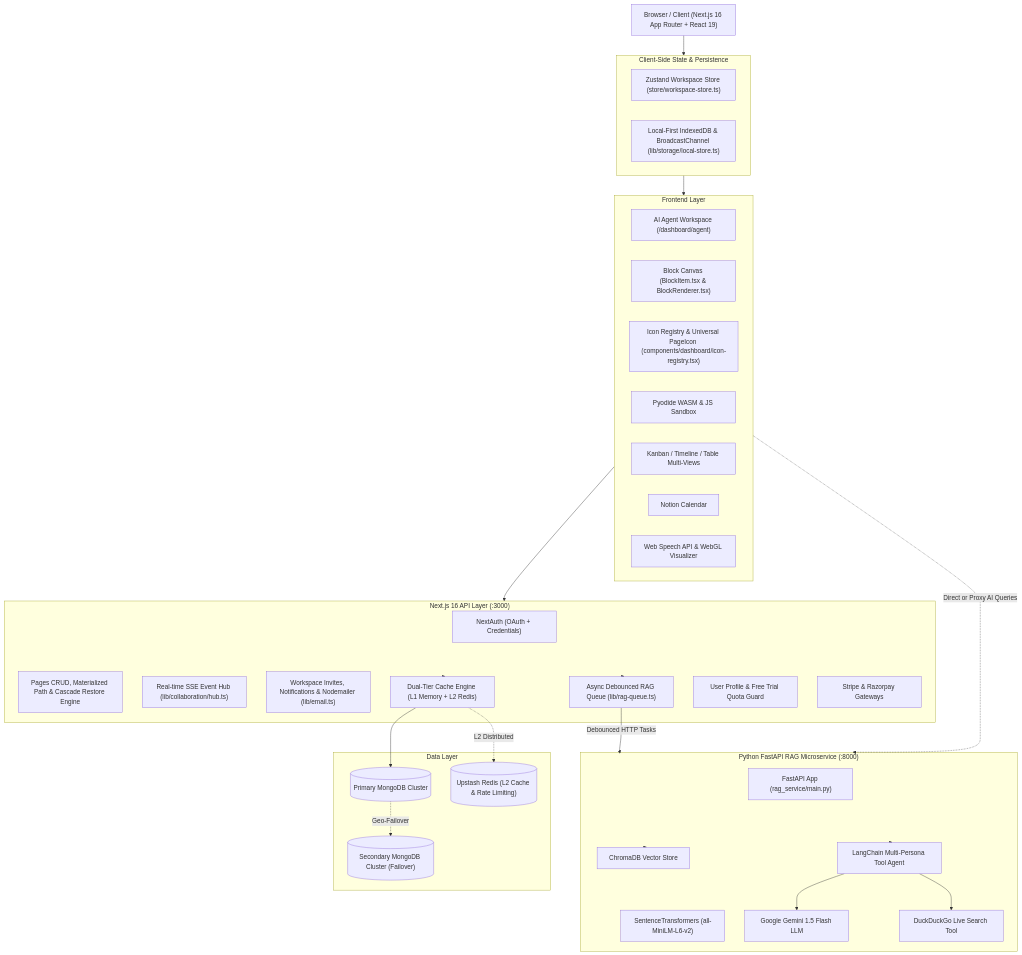
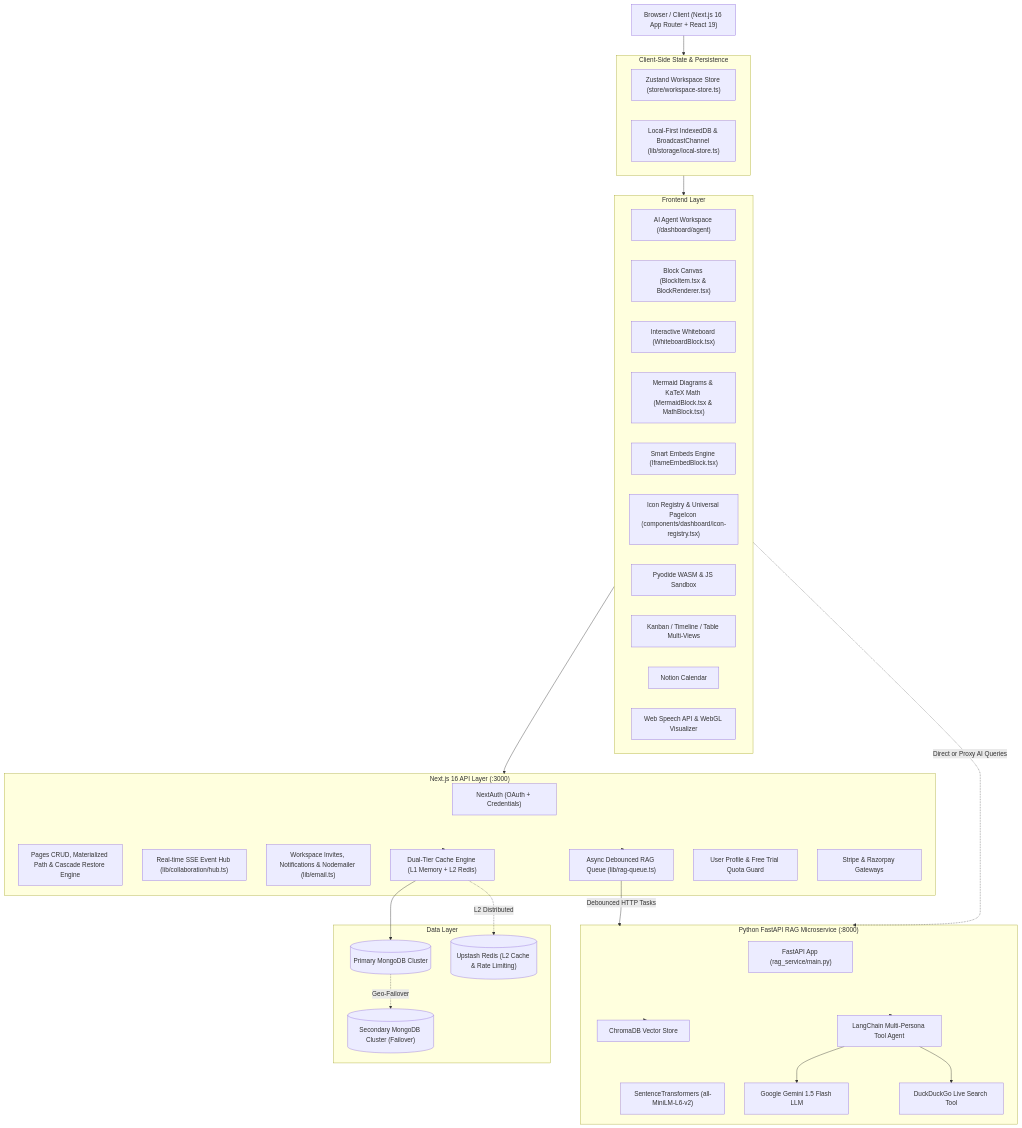
Before and after one commit to Xentra5/Notion-clone: the diagram in README.md, drawn with Mermaid. The commit also changed other lines of this file, not shown here.

Commit message:
docs(readme): document interactive whiteboard, mermaid diagrams, KaTeX math blocks, and smart embeds architecture

````diff
--- a/README.md
+++ b/README.md
@@ -251,60 +317,63 @@
 ```mermaid
 graph TD
     Client["Browser / Client (Next.js 16 App Router + React 19)"]
 
     subgraph State["Client-Side State & Persistence"]
         Zustand["Zustand Workspace Store (store/workspace-store.ts)"]
         LocalStore["Local-First IndexedDB & BroadcastChannel (lib/storage/local-store.ts)"]
     end
 
     subgraph Frontend["Frontend Layer"]
         AgentUI["AI Agent Workspace (/dashboard/agent)"]
         Editor["Block Canvas (BlockItem.tsx & BlockRenderer.tsx)"]
+        WhiteboardCanvas["Interactive Whiteboard (WhiteboardBlock.tsx)"]
+        DiagramsMath["Mermaid Diagrams & KaTeX Math (MermaidBlock.tsx & MathBlock.tsx)"]
+        SmartEmbeds["Smart Embeds Engine (IframeEmbedBlock.tsx)"]
         IconSystem["Icon Registry & Universal PageIcon (components/dashboard/icon-registry.tsx)"]
         Sandbox["Pyodide WASM & JS Sandbox"]
         Views["Kanban / Timeline / Table Multi-Views"]
         Calendar["Notion Calendar"]
         Audio["Web Speech API & WebGL Visualizer"]
     end
 
     subgraph NextBackend["Next.js 16 API Layer (:3000)"]
         AuthAPI["NextAuth (OAuth + Credentials)"]
         PagesAPI["Pages CRUD, Materialized Path & Cascade Restore Engine"]
         CollabHub["Real-time SSE Event Hub (lib/collaboration/hub.ts)"]
         ShareNotifications["Workspace Invites, Notifications & Nodemailer (lib/email.ts)"]
         CacheLayer["Dual-Tier Cache Engine (L1 Memory + L2 Redis)"]
         RagQueue["Async Debounced RAG Queue (lib/rag-queue.ts)"]
         UserQuota["User Profile & Free Trial Quota Guard"]
         PayAPI["Stripe & Razorpay Gateways"]
     end
 
     subgraph RAGMicroservice["Python FastAPI RAG Microservice (:8000)"]
         FastAPI["FastAPI App (rag_service/main.py)"]
         Chroma["ChromaDB Vector Store"]
         Embeddings["SentenceTransformers (all-MiniLM-L6-v2)"]
         LangChainAgent["LangChain Multi-Persona Tool Agent"]
         Gemini["Google Gemini 1.5 Flash LLM"]
         WebSearch["DuckDuckGo Live Search Tool"]
     end
 
     subgraph DataStorage["Data Layer"]
         MongoDB[("Primary MongoDB Cluster")]
         MongoBackup[("Secondary MongoDB Cluster (Failover)")]
         UpstashRedis[("Upstash Redis (L2 Cache & Rate Limiting)")]
     end
 
     Client --> State
     State --> Frontend
     Frontend --> NextBackend
     NextBackend --> CacheLayer
     CacheLayer --> MongoDB
     MongoDB -.->|Geo-Failover| MongoBackup
     CacheLayer -.->|L2 Distributed| UpstashRedis
     NextBackend --> RagQueue
     RagQueue -->|Debounced HTTP Tasks| RAGMicroservice
     Frontend -.->|Direct or Proxy AI Queries| RAGMicroservice
     RAGMicroservice --> Chroma
     RAGMicroservice --> LangChainAgent
     LangChainAgent --> Gemini
     LangChainAgent --> WebSearch
 ```
````
